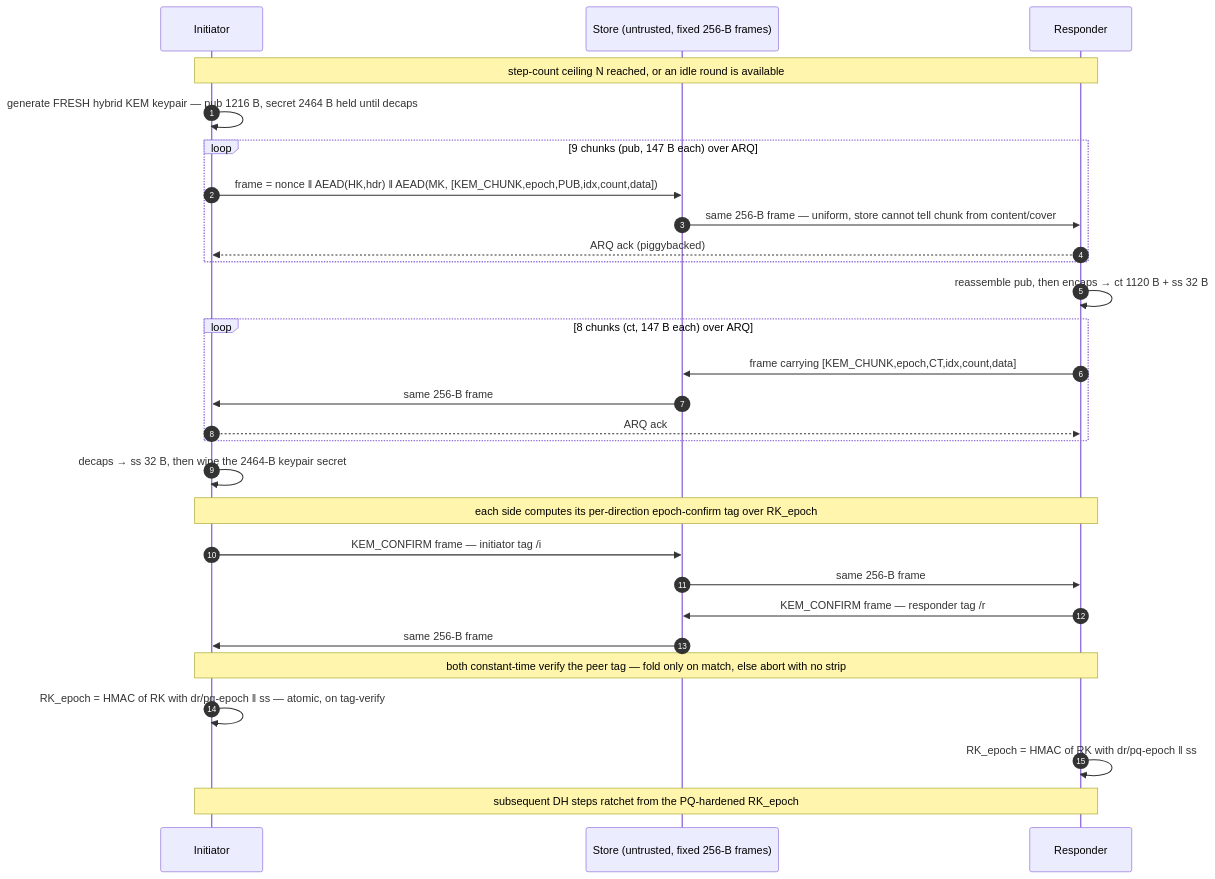
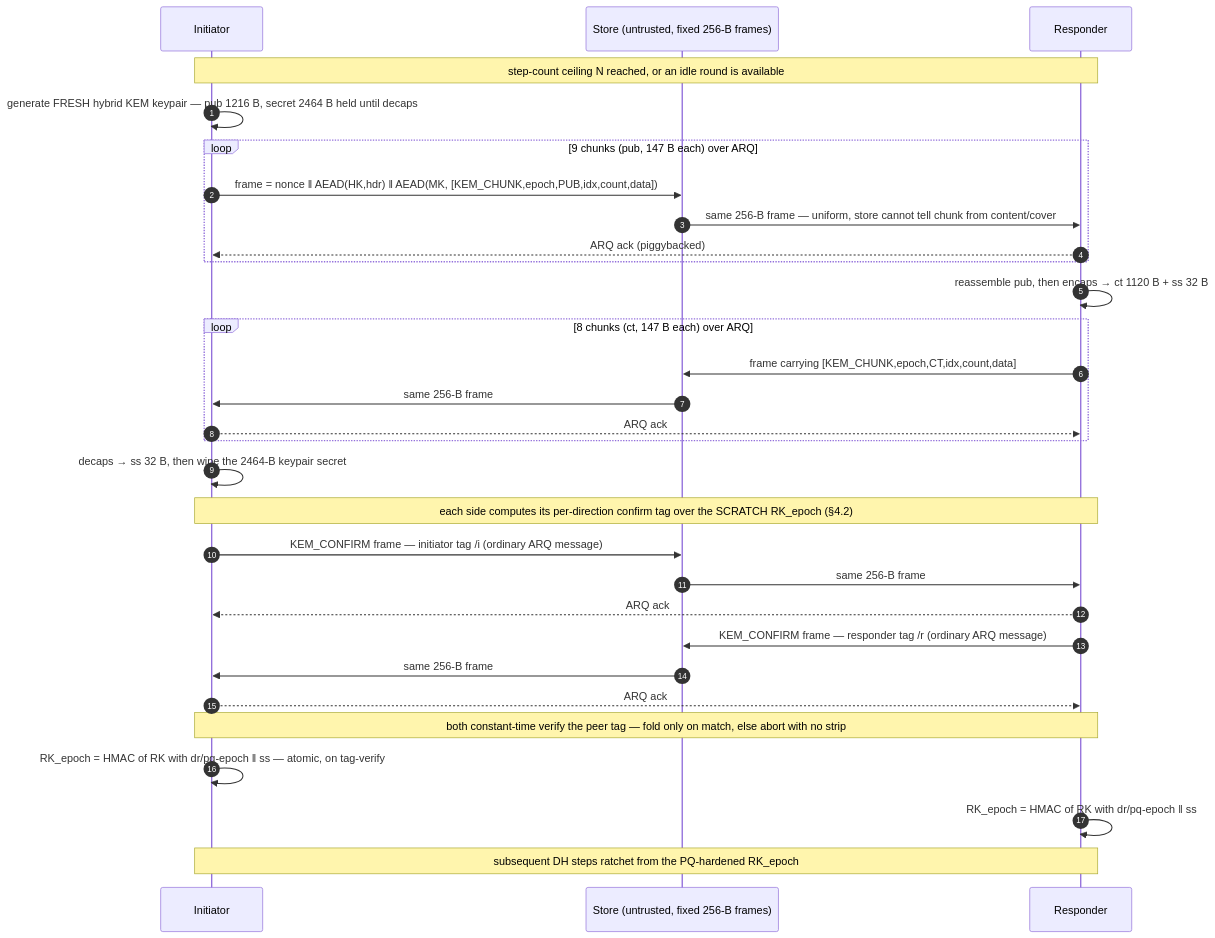
One commit to oluies/Deppis changed the first of 2 diagrams in specs/001-metadata-private-messenger/design/continuous-pq-ratchet.md. Above: the diagram before and after it, drawn with Mermaid. The commit also changed other lines of this file, not shown here.

Commit message:
docs(design): roborev r2 — condition passive-HNDL claim on PQ pairing (default is classical); fix state/sequence diagram ARQ + abort edges

````diff
--- a/specs/001-metadata-private-messenger/design/continuous-pq-ratchet.md
+++ b/specs/001-metadata-private-messenger/design/continuous-pq-ratchet.md
@@ -507,30 +525,32 @@
 ```mermaid
 sequenceDiagram
     autonumber
     participant I as Initiator
     participant S as Store (untrusted, fixed 256-B frames)
     participant R as Responder
     Note over I,R: step-count ceiling N reached, or an idle round is available
     I->>I: generate FRESH hybrid KEM keypair — pub 1216 B, secret 2464 B held until decaps
     loop 9 chunks (pub, 147 B each) over ARQ
         I->>S: frame = nonce ‖ AEAD(HK,hdr) ‖ AEAD(MK, [KEM_CHUNK,epoch,PUB,idx,count,data])
         S->>R: same 256-B frame — uniform, store cannot tell chunk from content/cover
         R-->>I: ARQ ack (piggybacked)
     end
     R->>R: reassemble pub, then encaps → ct 1120 B + ss 32 B
     loop 8 chunks (ct, 147 B each) over ARQ
         R->>S: frame carrying [KEM_CHUNK,epoch,CT,idx,count,data]
         S->>I: same 256-B frame
         I-->>R: ARQ ack
     end
     I->>I: decaps → ss 32 B, then wipe the 2464-B keypair secret
-    Note over I,R: each side computes its per-direction epoch-confirm tag over RK_epoch
-    I->>S: KEM_CONFIRM frame — initiator tag /i
+    Note over I,R: each side computes its per-direction confirm tag over the SCRATCH RK_epoch (§4.2)
+    I->>S: KEM_CONFIRM frame — initiator tag /i (ordinary ARQ message)
     S->>R: same 256-B frame
-    R->>S: KEM_CONFIRM frame — responder tag /r
+    R-->>I: ARQ ack
+    R->>S: KEM_CONFIRM frame — responder tag /r (ordinary ARQ message)
     S->>I: same 256-B frame
+    I-->>R: ARQ ack
     Note over I,R: both constant-time verify the peer tag — fold only on match, else abort with no strip
     I->>I: RK_epoch = HMAC of RK with dr/pq-epoch ‖ ss — atomic, on tag-verify
     R->>R: RK_epoch = HMAC of RK with dr/pq-epoch ‖ ss
     Note over I,R: subsequent DH steps ratchet from the PQ-hardened RK_epoch
 ```
````
